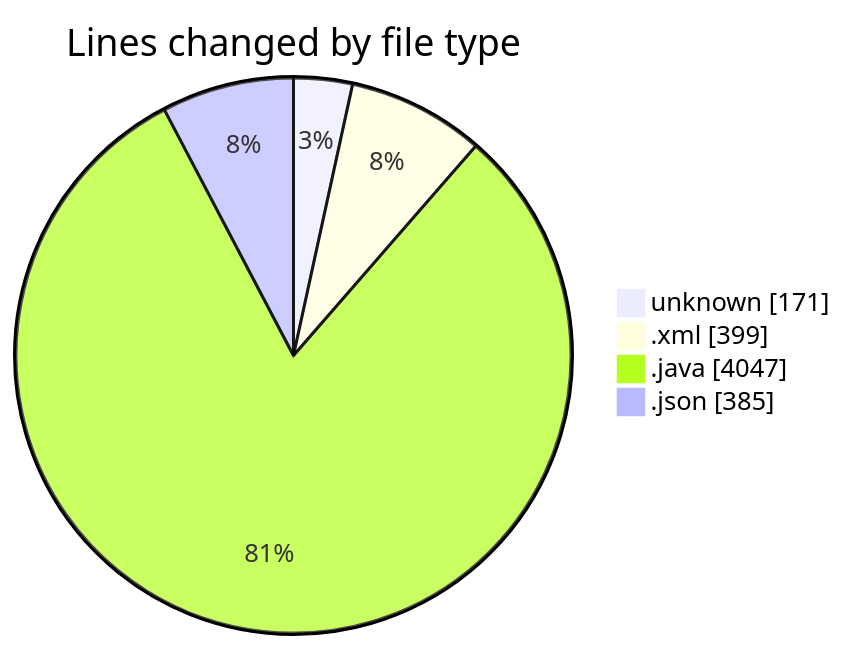
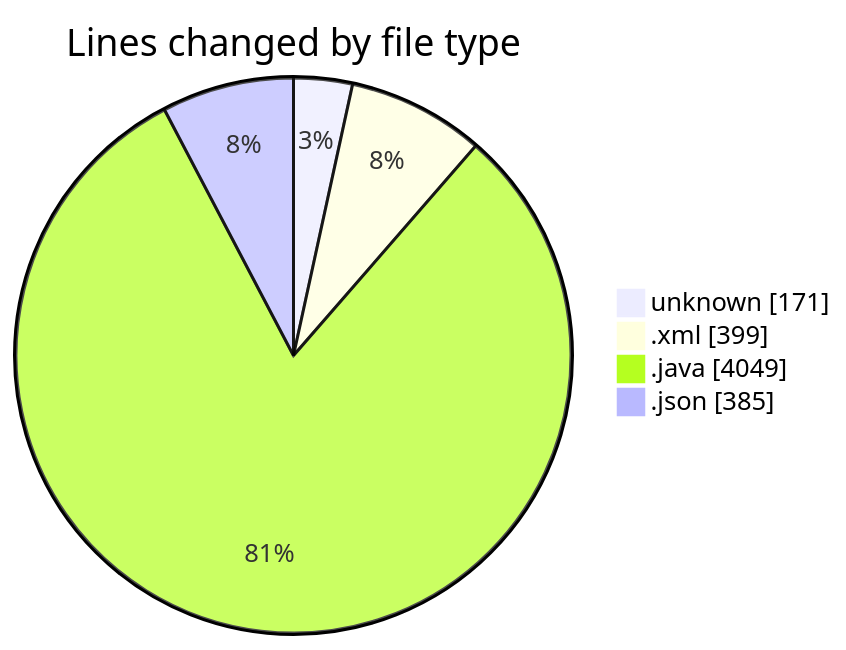
The first of 2 diagrams in 2025-02-24/micros/README.md (charlie-sans/code-tracking), drawn with Mermaid before and after one commit. The commit also changed other lines of this file and 1 other file, not shown here.

````diff
--- a/2025-02-24/micros/README.md
+++ b/2025-02-24/micros/README.md
@@ -34,8 +34,8 @@
 ```mermaid
 pie showData
 title Lines changed by file type
 "unknown" : 171
 ".xml" : 399
-".java" : 4047
+".java" : 4049
 ".json" : 385
 ```
````
